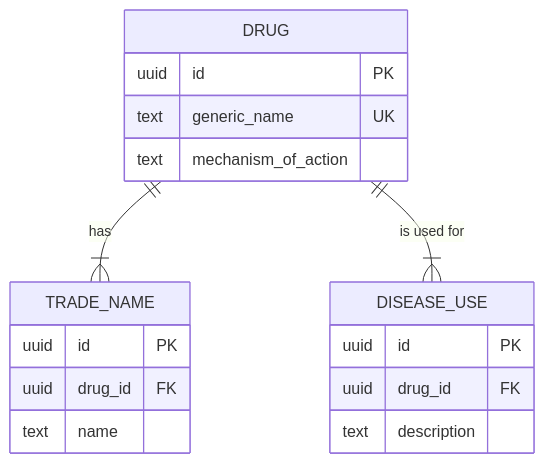
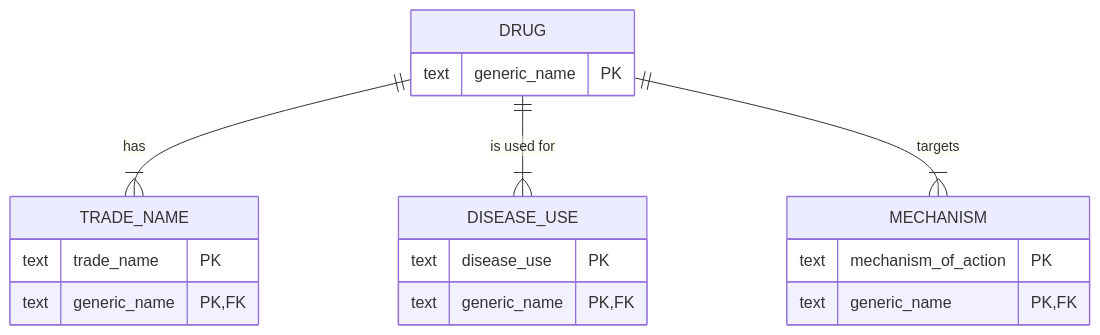
One commit to CamTcode/Drug-Matching-Game-Group-8 changed the fourth of 4 diagrams in docs/design.md. Above: the diagram before and after it, drawn with Mermaid. The commit also changed other lines of this file, not shown here.

````diff
--- a/docs/design.md
+++ b/docs/design.md
@@ -105,20 +144,25 @@
 ```mermaid
 erDiagram
     DRUG ||--|{ TRADE_NAME : "has"
     DRUG ||--|{ DISEASE_USE : "is used for"
+    DRUG ||--|{ MECHANISM : "targets"
+
     DRUG {
-        uuid id PK
-        text generic_name UK
-        text mechanism_of_action
+        text generic_name PK
     }
+
     TRADE_NAME {
-        uuid id PK
-        uuid drug_id FK
-        text name
+        text trade_name PK
+        text generic_name PK, FK
     }
+
     DISEASE_USE {
-        uuid id PK
-        uuid drug_id FK
-        text description
+        text disease_use PK
+        text generic_name PK, FK
+    }
+
+     MECHANISM {
+        text mechanism_of_action PK
+        text generic_name PK, FK
     }
 ```
````
